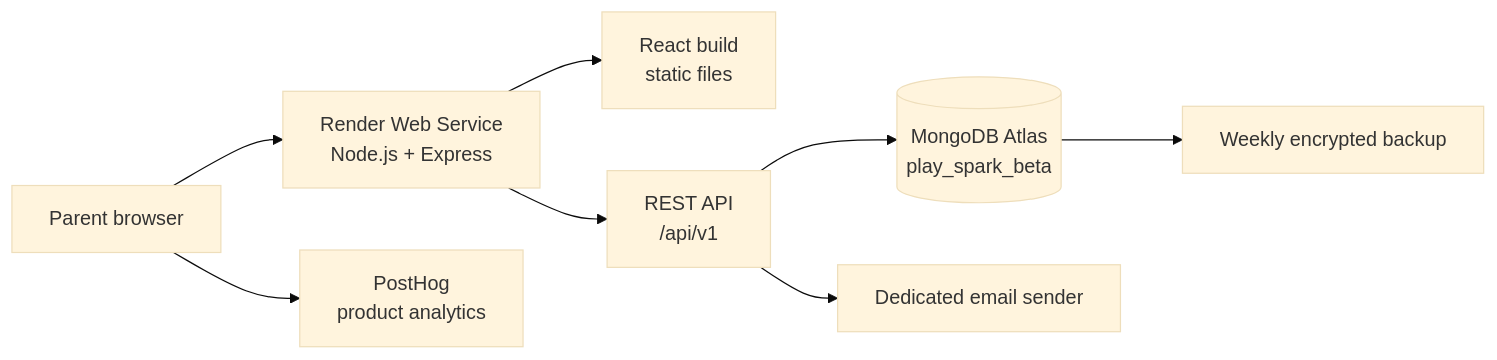
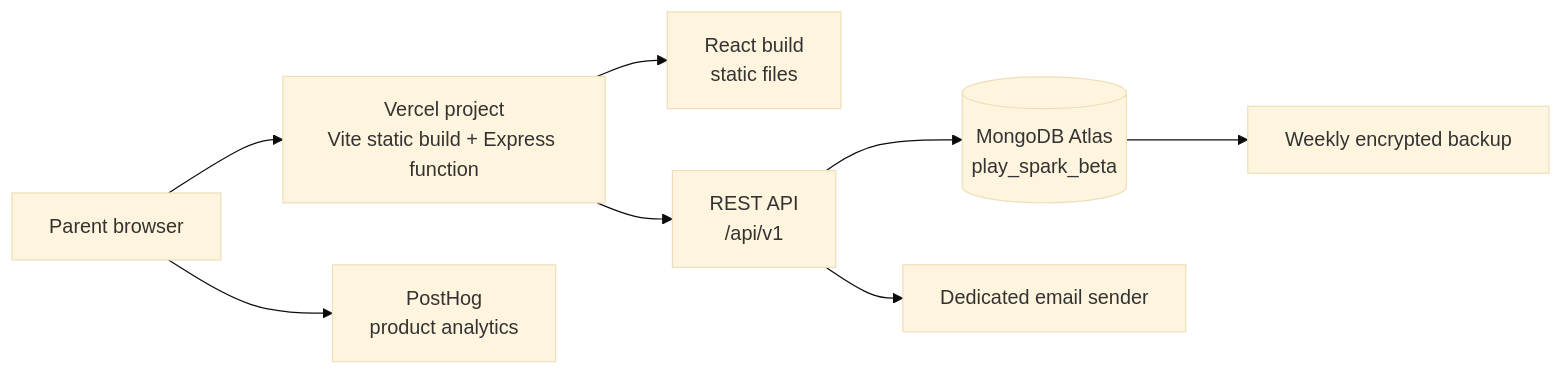
One commit to karishma2/play_spark changed the diagram in docs/play-spark-system-architecture.md. Above: the diagram before and after it, drawn with Mermaid (base theme). The commit also changed other lines of this file and 33 other files, not shown here.

````diff
--- a/docs/play-spark-system-architecture.md
+++ b/docs/play-spark-system-architecture.md
@@ -45,19 +45,19 @@
 ```mermaid
 flowchart LR
     P[Parent browser]
-    R[Render Web Service\nNode.js + Express]
+    R[Vercel project\nVite static build + Express function]
     UI[React build\nstatic files]
     API[REST API\n/api/v1]
     DB[(MongoDB Atlas\nplay_spark_beta)]
     EMAIL[Dedicated email sender]
     PH[PostHog\nproduct analytics]
     BK[Weekly encrypted backup]
 
     P --> R
     R --> UI
     R --> API
     API --> DB
     API --> EMAIL
     P --> PH
     DB --> BK
 ```
````
